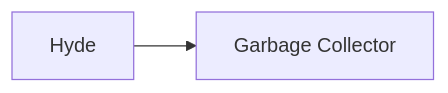
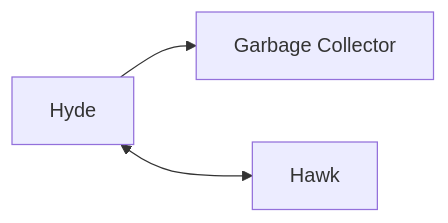
Before and after one commit to skirexwastaken/Hyde: the diagram in README.md, drawn with Mermaid. The commit also changed other lines of this file, not shown here.

````diff
--- a/README.md
+++ b/README.md
@@ -19,9 +19,11 @@
 ```mermaid
 graph LR
 
 A[Hyde]
 B[Garbage Collector]
+C[Hawk]
 
 A --> B
+A <--> C
 
 ```
````
